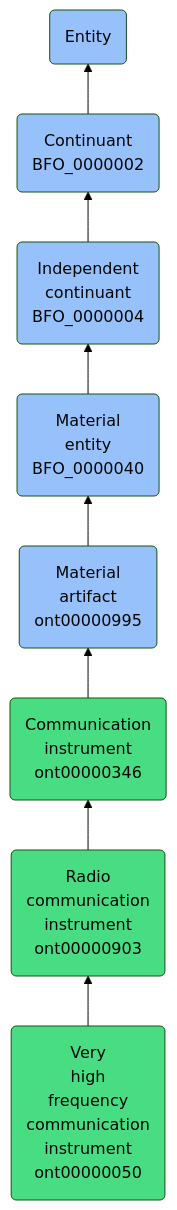
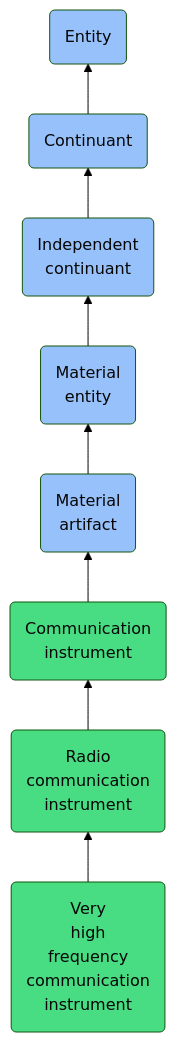
One commit to jupyter-naas/abi changed the diagram in docs/ontology/reference/model/Entity/Continuant/Independent continuant/Material entity/Material artifact/Communication instrument/Radio communication instrument/Very high frequency communication instrument/Very high frequency communication instrument.md. Above: the diagram before and after it, drawn with Mermaid (forest theme). The commit also changed other lines of this file and 1430 other files, not shown here.

````diff
--- a/docs/ontology/reference/model/Entity/Continuant/Independent continuant/Material entity/Material artifact/Communication instrument/Radio communication instrument/Very high frequency communication instrument/Very high frequency communication instrument.md
+++ b/docs/ontology/reference/model/Entity/Continuant/Independent continuant/Material entity/Material artifact/Communication instrument/Radio communication instrument/Very high frequency communication instrument/Very high frequency communication instrument.md
@@ -24,15 +24,15 @@
 ```mermaid
 graph BT
-    ont00000050(Very<br>high<br>frequency<br>communication<br>instrument<br>ont00000050):::ABI-->ont00000903
-    ont00000903(Radio<br>communication<br>instrument<br>ont00000903):::ABI-->ont00000346
-    ont00000346(Communication<br>instrument<br>ont00000346):::ABI-->ont00000995
-    ont00000995(Material<br>artifact<br>ont00000995):::BFO-->BFO_0000040
-    BFO_0000040(Material<br>entity<br>BFO_0000040):::BFO-->BFO_0000004
-    BFO_0000004(Independent<br>continuant<br>BFO_0000004):::BFO-->BFO_0000002
-    BFO_0000002(Continuant<br>BFO_0000002):::BFO-->BFO_0000001
+    ont00000050(Very<br>high<br>frequency<br>communication<br>instrument):::ABI-->ont00000903
+    ont00000903(Radio<br>communication<br>instrument):::ABI-->ont00000346
+    ont00000346(Communication<br>instrument):::ABI-->ont00000995
+    ont00000995(Material<br>artifact):::BFO-->BFO_0000040
+    BFO_0000040(Material<br>entity):::BFO-->BFO_0000004
+    BFO_0000004(Independent<br>continuant):::BFO-->BFO_0000002
+    BFO_0000002(Continuant):::BFO-->BFO_0000001
     BFO_0000001(Entity):::BFO
     
     classDef BFO fill:#97c1fb,color:#060606
     classDef CCO fill:#e4c51e,color:#060606
     classDef ABI fill:#48DD82,color:#060606
 ```
````
